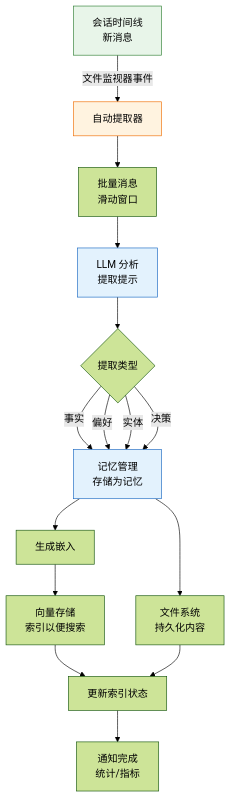
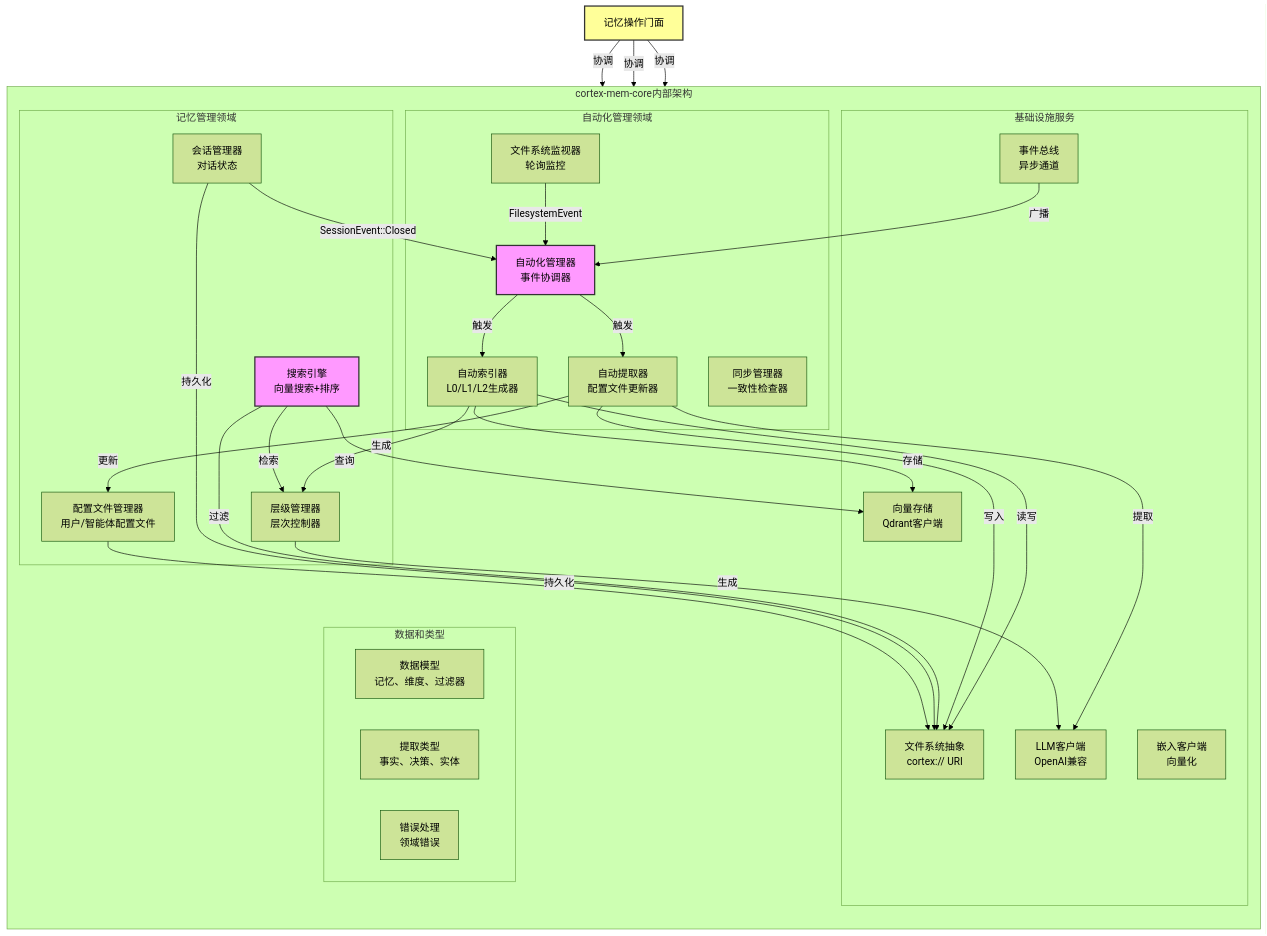
One commit to sopaco/cortex-mem changed the seventh of 14 diagrams in litho.docs/zh/2、架构概览.md. Above: the diagram before and after it, drawn with Mermaid (forest theme). The commit also changed other lines of this file and 45 other files, not shown here.

````diff
--- a/litho.docs/zh/2、架构概览.md
+++ b/litho.docs/zh/2、架构概览.md
@@ -582,22 +342,69 @@
 ```mermaid
-flowchart TD
-    A[会话时间线<br/>新消息] -->|文件监视器事件| B[自动提取器]
-    B --> C[批量消息<br/>滑动窗口]
-    C --> D[LLM 分析<br/>提取提示]
-    D --> E{提取类型}
-    E -->|事实| F[记忆管理<br/>存储为记忆]
-    E -->|偏好| F
-    E -->|实体| F
-    E -->|决策| F
-    F --> G[生成嵌入]
-    G --> H[向量存储<br/>索引以便搜索]
-    F --> I[文件系统<br/>持久化内容]
-    H --> J[更新索引状态]
-    I --> J
-    J --> K[通知完成<br/>统计/指标]
+graph TB
+    subgraph CortexCore["cortex-mem-core内部架构"]
+        direction TB
+        
+        subgraph AutomationDomain["自动化管理领域"]
+            AUTO_MGR[自动化管理器<br/>事件协调器]
+            WATCHER[文件系统监视器<br/>轮询监控]
+            INDEXER[自动索引器<br/>L0/L1/L2生成器]
+            EXTRACTOR[自动提取器<br/>配置文件更新器]
+            SYNC[同步管理器<br/>一致性检查器]
+        end
+        
+        subgraph MemoryDomains["记忆管理领域"]
+            LAYER_MGR[层级管理器<br/>层次控制器]
+            SEARCH[搜索引擎<br/>向量搜索+排序]
+            SESSION[会话管理器<br/>对话状态]
+            PROFILE[配置文件管理器<br/>用户/智能体配置文件]
+        end
+        
+        subgraph InfrastructureServices["基础设施服务"]
+            FS[文件系统抽象<br/>cortex:// URI]
+            LLM[LLM客户端<br/>OpenAI兼容]
+            EMBED[嵌入客户端<br/>向量化]
+            VECTOR[向量存储<br/>Qdrant客户端]
+            EVENTS[事件总线<br/>异步通道]
+        end
+        
+        subgraph DataLayer["数据和类型"]
+            TYPES[数据模型<br/>记忆、维度、过滤器]
+            EXTRACTION_TYPES[提取类型<br/>事实、决策、实体]
+            ERROR[错误处理<br/>领域错误]
+        end
+    end
     
-    style A fill:#e8f5e9,stroke:#2e7d32
-    style B fill:#fff3e0,stroke:#ef6c00
-    style D fill:#e3f2fd,stroke:#1565c0
-    style F fill:#e3f2fd,stroke:#1565c0
+    %% 数据流关系
+    WATCHER -->|FilesystemEvent| AUTO_MGR
+    SESSION -->|SessionEvent::Closed| AUTO_MGR
+    AUTO_MGR -->|触发| INDEXER
+    AUTO_MGR -->|触发| EXTRACTOR
+    
+    INDEXER -->|生成| LAYER_MGR
+    INDEXER -->|存储| VECTOR
+    INDEXER -->|读写| FS
+    
+    EXTRACTOR -->|提取| LLM
+    EXTRACTOR -->|更新| PROFILE
+    EXTRACTOR -->|写入| FS
+    
+    SEARCH -->|查询| VECTOR
+    SEARCH -->|检索| LAYER_MGR
+    SEARCH -->|过滤| FS
+    
+    SESSION -->|持久化| FS
+    PROFILE -->|持久化| FS
+    
+    %% 基础设施使用
+    LAYER_MGR -->|生成| LLM
+    CORE_OPS[记忆操作门面] -->|协调| SEARCH
+    CORE_OPS -->|协调| SESSION
+    CORE_OPS -->|协调| PROFILE
+    
+    %% 事件总线
+    EVENTS -->|广播| AUTO_MGR
+    
+    style AUTO_MGR fill:#f9f,stroke:#333,stroke-width:2px
+    style SEARCH fill:#f9f,stroke:#333,stroke-width:2px
+    style CORE_OPS fill:#ff9,stroke:#333,stroke-width:2px
 ```
````
